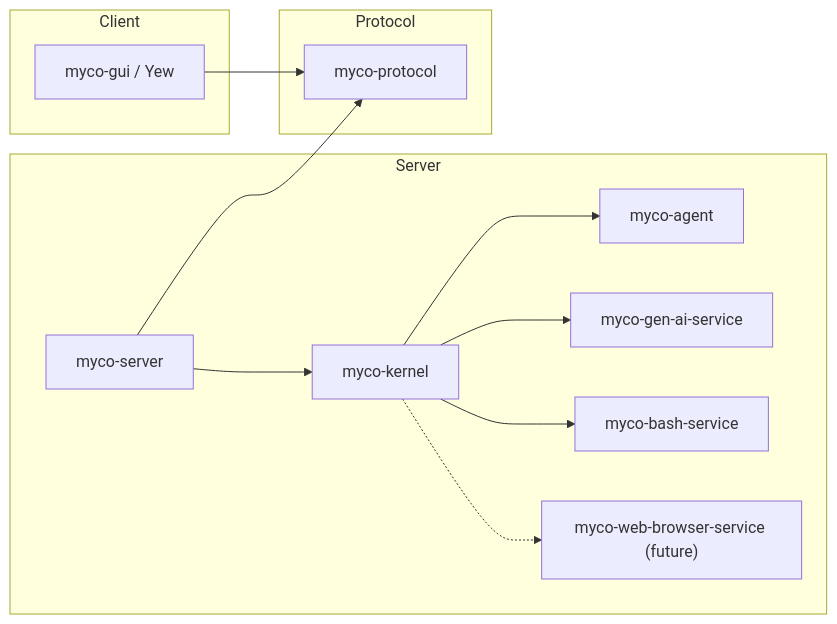
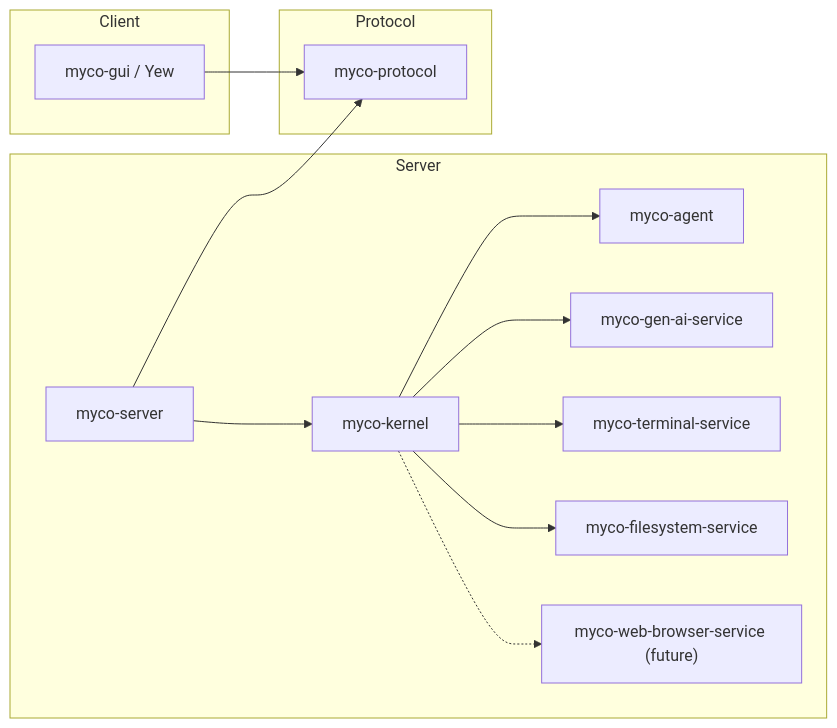
One commit to tsnl/myco changed the diagram in DESIGN.md. Above: the diagram before and after it, drawn with Mermaid. The commit also changed other lines of this file, not shown here.

Commit message:
Define mutable agent API and workspace service contracts

````diff
--- a/DESIGN.md
+++ b/DESIGN.md
@@ -7,18 +7,19 @@
 ```mermaid
 flowchart LR
     subgraph Server
         server[myco-server] --> kernel[myco-kernel]
         kernel --> agent[myco-agent]
         kernel --> gen_ai[myco-gen-ai-service]
-        kernel --> bash[myco-bash-service]
+        kernel --> terminal[myco-terminal-service]
+        kernel --> filesystem[myco-filesystem-service]
         kernel -.-> browser["myco-web-browser-service (future)"]
     end
     subgraph Protocol
         protocol[myco-protocol]
     end
     subgraph Client
         gui[myco-gui / Yew]
     end
     server --> protocol
     gui --> protocol
 ```
````
